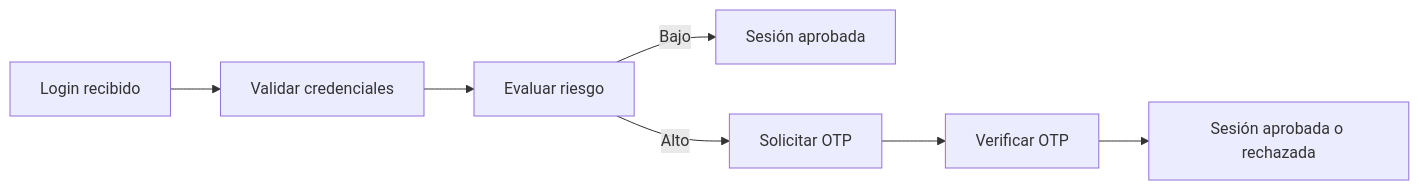
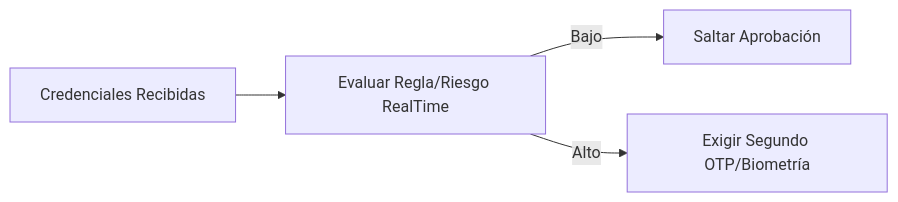
Before and after one commit to teamdroid-trainer/docs-docusaurus-trainer: the ninth of 12 diagrams in docs/backend-java-quarkus/06-event-driven-mfa/event-bus-mfa.md, drawn with Mermaid. The commit also changed other lines of this file and 7 other files, not shown here.

Commit message:
docs: division de kafka en teoria e implementacion con mdx interactivos y diagramas mermaid, resolucion de bugs de docusaurus

````diff
--- a/docs/backend-java-quarkus/06-event-driven-mfa/event-bus-mfa.md
+++ b/docs/backend-java-quarkus/06-event-driven-mfa/event-bus-mfa.md
@@ -259,9 +330,6 @@
 ```mermaid
 flowchart LR
-    A[Login recibido] --> B[Validar credenciales]
-    B --> C[Evaluar riesgo]
-    C -->|Bajo| D[Sesión aprobada]
-    C -->|Alto| E[Solicitar OTP]
-    E --> F[Verificar OTP]
-    F --> G[Sesión aprobada o rechazada]
+    A[Credenciales Recibidas] --> C[Evaluar Regla/Riesgo RealTime]
+    C -->|Bajo| D[Saltar Aprobación]
+    C -->|Alto| E[Exigir Segundo OTP/Biometría]
 ```
````
